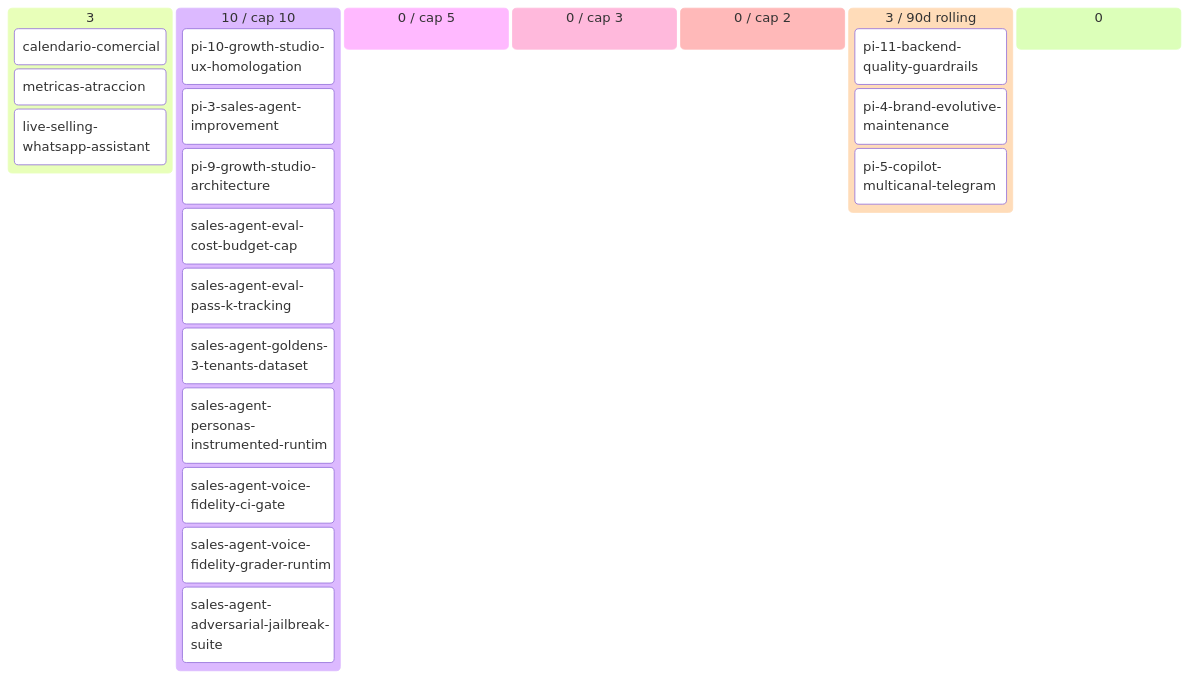
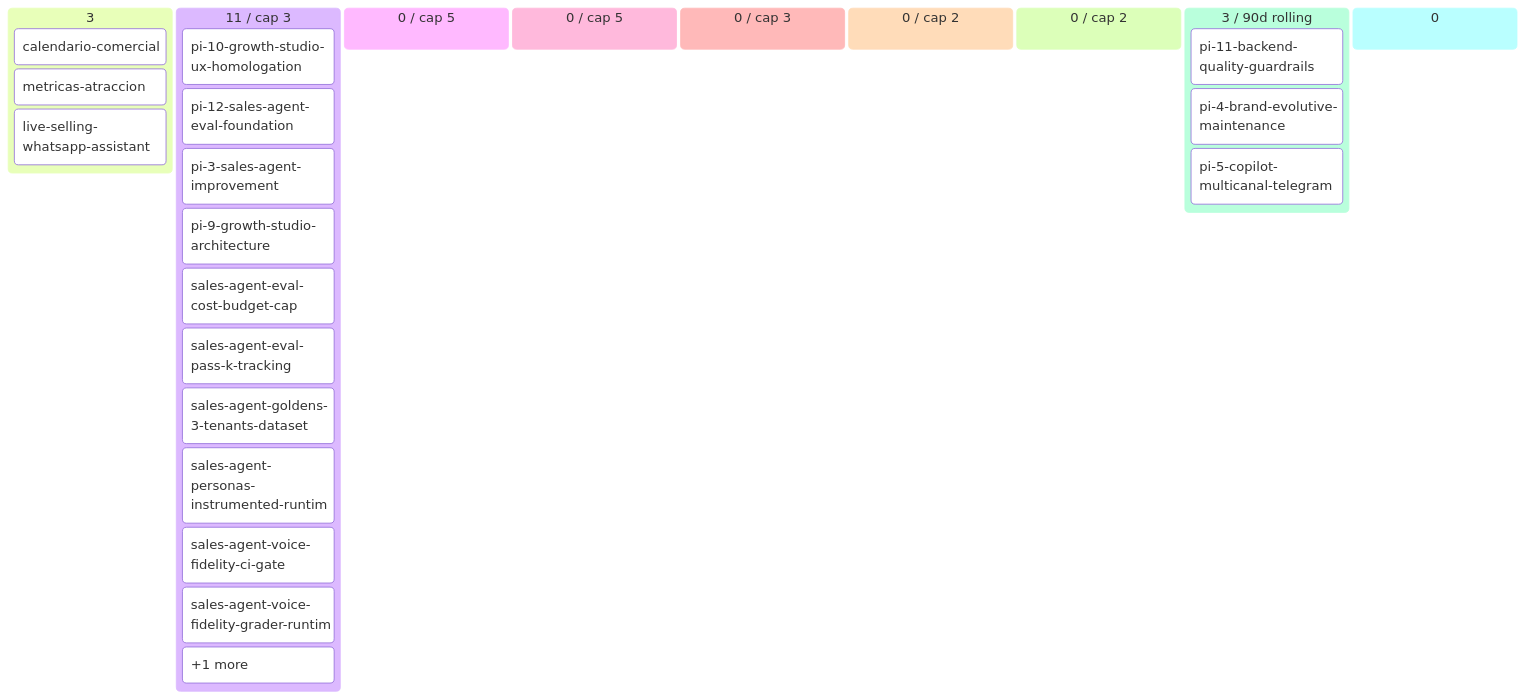
Before and after one commit to alpacapurpura/ap_sales_agent: the diagram in docs/product/BACKLOG.md, drawn with Mermaid. The commit also changed other lines of this file and 2 other files, not shown here.

First line of the commit message:
feat(pm): F5 Ola 1 — create outcome pi-12-sales-agent-eval-foundation in v4 paradigm

````diff
--- a/docs/product/BACKLOG.md
+++ b/docs/product/BACKLOG.md
@@ -41,26 +56,29 @@
 ```mermaid
 kanban
   💡 Ideas (3)
     calendario-comercial[calendario-comercial]
     metricas-atraccion[metricas-atraccion]
     live-selling-whatsapp-assistan[live-selling-whatsapp-assistant]
-  🔍 Validated (10 / cap 10)
+  🔬 Refining (11 / cap 3)
     pi-10-growth-studio-ux-homolog[pi-10-growth-studio-ux-homologation]
+    pi-12-sales-agent-eval-foundat[pi-12-sales-agent-eval-foundation]
     pi-3-sales-agent-improvement[pi-3-sales-agent-improvement]
     pi-9-growth-studio-architectur[pi-9-growth-studio-architecture]
     sales-agent-eval-cost-budget-c[sales-agent-eval-cost-budget-cap]
     sales-agent-eval-pass-k-tracki[sales-agent-eval-pass-k-tracking]
     sales-agent-goldens-3-tenants-[sales-agent-goldens-3-tenants-dataset]
     sales-agent-personas-instrumen[sales-agent-personas-instrumented-runtim]
     sales-agent-voice-fidelity-ci-[sales-agent-voice-fidelity-ci-gate]
     sales-agent-voice-fidelity-gra[sales-agent-voice-fidelity-grader-runtim]
-    sales-agent-adversarial-jailbr[sales-agent-adversarial-jailbreak-suite]
+    overflow-🔬 Refining[+1 more]
+  ✅ Refined (0 / cap 5)
   📦 Ready (0 / cap 5)
-  🔨 Building (0 / cap 3)
-  🔍 Review (0 / cap 2)
+  🔨 Developing (0 / cap 3)
+  🧪 Developed (0 / cap 2)
+  🔍 Reviewing (0 / cap 2)
   ✅ Done (3 / 90d rolling)
     pi-11-backend-quality-guardrai[pi-11-backend-quality-guardrails]
     pi-4-brand-evolutive-maintenan[pi-4-brand-evolutive-maintenance]
     pi-5-copilot-multicanal-telegr[pi-5-copilot-multicanal-telegram]
   🅿 Parked (0)
 ```
````
